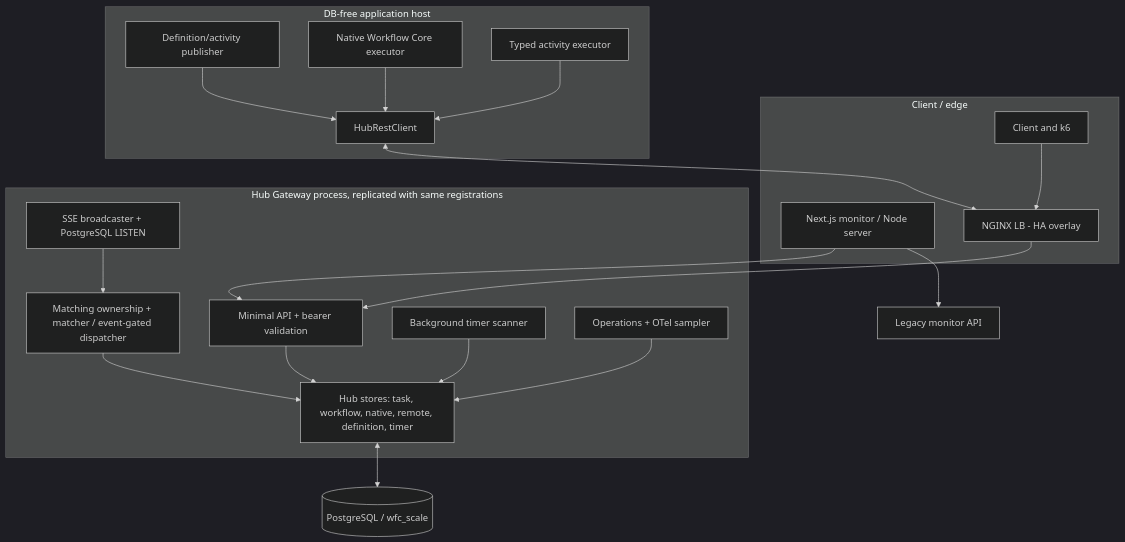
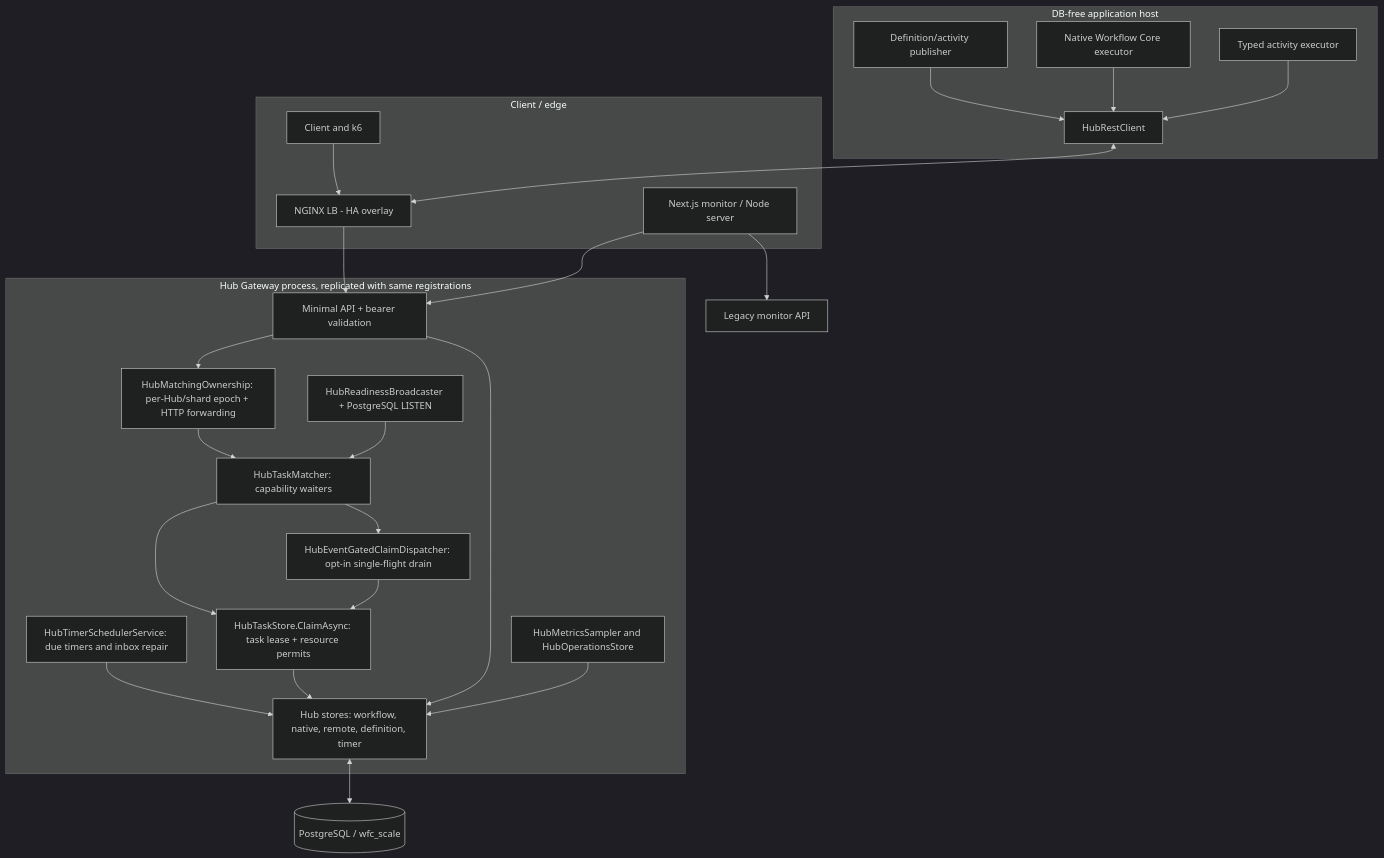
The second of 9 diagrams in scaling/docs/current-hub-runtime-architecture.md (thanhhaictld/workflow-core), drawn with Mermaid (dark theme) before and after one commit. The commit also changed other lines of this file, not shown here.

Commit message:
docs(architecture): surface Task Matching in overview and show end-to-end matched claim flow

````diff
--- a/scaling/docs/current-hub-runtime-architecture.md
+++ b/scaling/docs/current-hub-runtime-architecture.md
@@ -81,37 +108,45 @@
 ```mermaid
 flowchart TB
   subgraph edge["Client / edge"]
     WEB[Client and k6]
     UI[Next.js monitor / Node server]
     NGINX[NGINX LB - HA overlay]
   end
   subgraph hub["Hub Gateway process, replicated with same registrations"]
     REST[Minimal API + bearer validation]
-    MATCH[Matching ownership + matcher / event-gated dispatcher]
-    READY[SSE broadcaster + PostgreSQL LISTEN]
-    TIMER[Background timer scanner]
-    OPS[Operations + OTel sampler]
-    STORE[Hub stores: task, workflow, native, remote, definition, timer]
-    REST --> STORE
-    MATCH --> STORE
+    OWNER[HubMatchingOwnership: per-Hub/shard epoch + HTTP forwarding]
+    MATCH[HubTaskMatcher: capability waiters]
+    GATED[HubEventGatedClaimDispatcher: opt-in single-flight drain]
+    READY[HubReadinessBroadcaster + PostgreSQL LISTEN]
+    CLAIM[HubTaskStore.ClaimAsync: task lease + resource permits]
+    TIMER[HubTimerSchedulerService: due timers and inbox repair]
+    OPS[HubMetricsSampler and HubOperationsStore]
+    STORE[Hub stores: workflow, native, remote, definition, timer]
+    REST --> OWNER
+    OWNER --> MATCH
+    MATCH --> GATED
+    MATCH --> CLAIM
+    GATED --> CLAIM
     READY --> MATCH
     TIMER --> STORE
+    CLAIM --> STORE
+    REST --> STORE
     OPS --> STORE
   end
   subgraph worker["DB-free application host"]
     PUB[Definition/activity publisher]
     WF[Native Workflow Core executor]
     ACT[Typed activity executor]
     CLIENT[HubRestClient]
     PUB --> CLIENT
     WF --> CLIENT
     ACT --> CLIENT
   end
   PG[(PostgreSQL / wfc_scale)]
   WEB --> NGINX
   NGINX --> REST
   UI --> REST
   UI --> LEG[Legacy monitor API]
   CLIENT <--> NGINX
   STORE <--> PG
 ```
````
